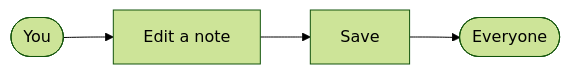
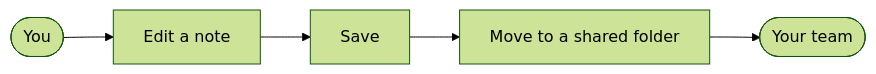
Before and after one commit to chmouel/aniflow: the diagram in src/aniflow/templates/welcome.md, drawn with Mermaid (forest theme). The commit also changed other lines of this file and 9 other files, not shown here.

````diff
--- a/src/aniflow/templates/welcome.md
+++ b/src/aniflow/templates/welcome.md
@@ -41,11 +64,13 @@
 ```mermaid
 flowchart LR
   you([You]) --> edit[Edit a note]
   edit --> save[Save]
-  save --> team([Everyone])
+  save --> share[Move to a shared folder]
+  share --> team([Your team])
 
 %% play: From the editor to everyone
 %% you -> edit : open | Press Edit on any note in your folder
 %% edit -> save : Ctrl+S | The preview updates as you type
-%% save -> team : shared | Everyone can read it as soon as it is saved
+%% save -> share : yours | Only you can read it while it sits in your folder
+%% share -> team : shared | Move it to a shared folder when others should read it
 ```
````
